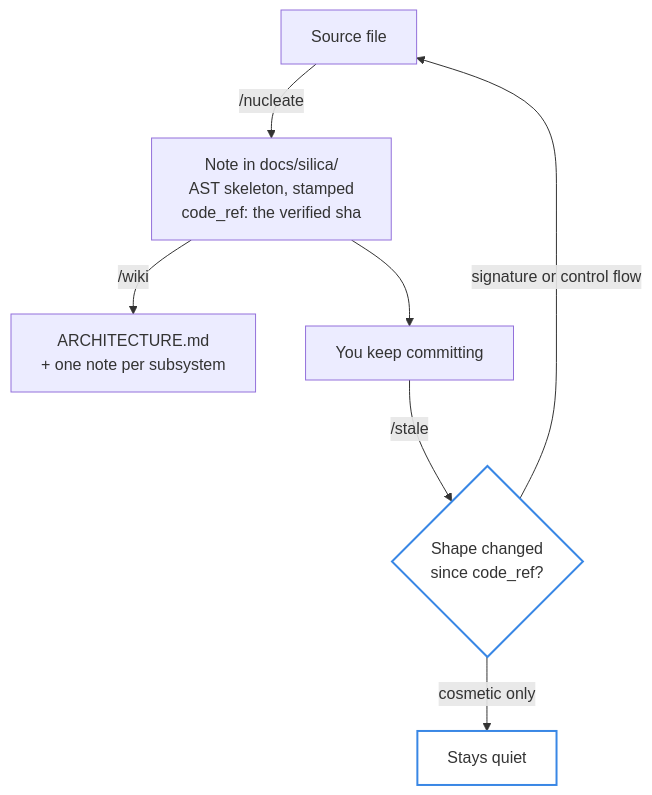
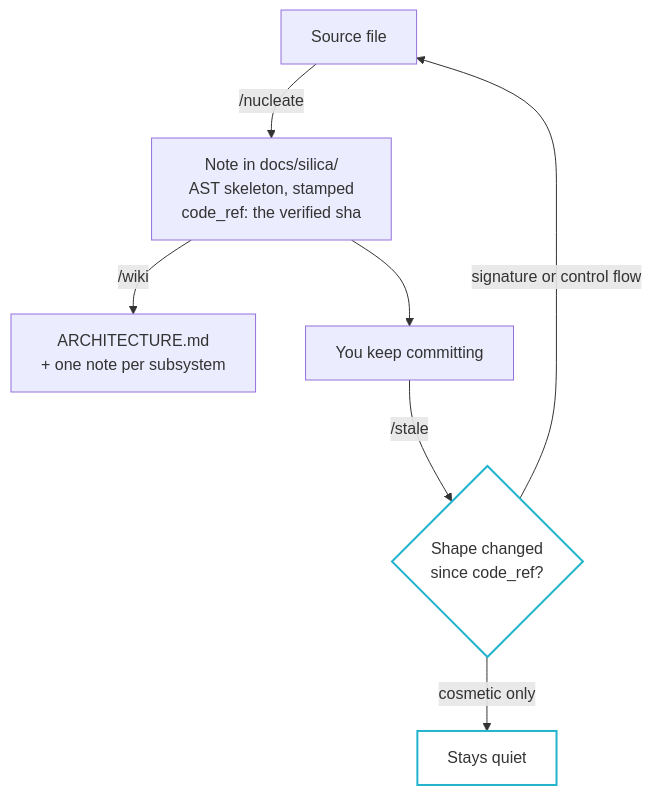
One commit to kiycoh/silica-harness changed the second of 2 diagrams in README.md. Above: the diagram before and after it, drawn with Mermaid. The commit also changed other lines of this file and 7 other files, not shown here.

````diff
--- a/README.md
+++ b/README.md
@@ -335,12 +478,12 @@
 ```mermaid
 flowchart TD
     SRC["Source file"] -- "/nucleate" --> N["Note in docs/silica/<br/>AST skeleton, stamped<br/>code_ref: the verified sha"]
     N -- "/wiki" --> W["ARCHITECTURE.md<br/>+ one note per subsystem"]
     N --> GIT["You keep committing"]
     GIT -- "/stale" --> D{"Shape changed<br/>since code_ref?"}
     D -- "cosmetic only" --> Q["Stays quiet"]
     D -- "signature or control flow" --> SRC
 
-    style D fill:none,stroke:#3987e5,stroke-width:2px
-    style Q fill:none,stroke:#3987e5,stroke-width:2px
+    style D fill:none,stroke:#22B4CC,stroke-width:2px
+    style Q fill:none,stroke:#22B4CC,stroke-width:2px
 ```
````
